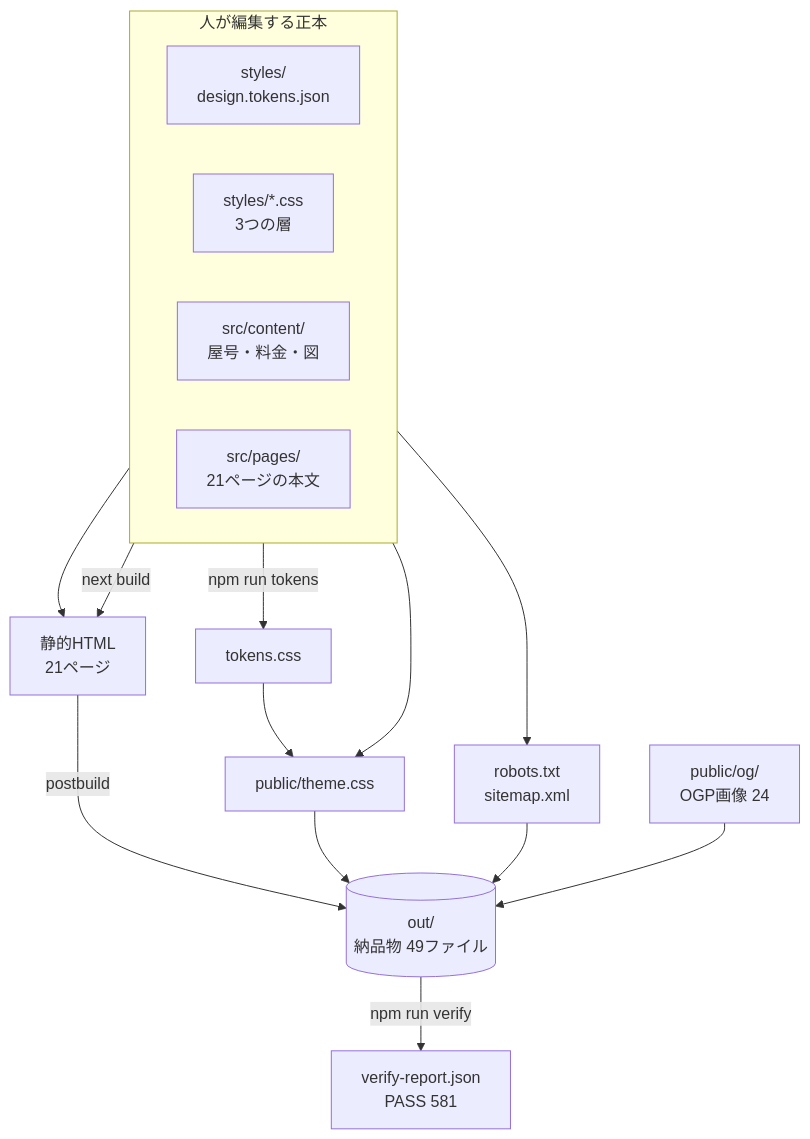
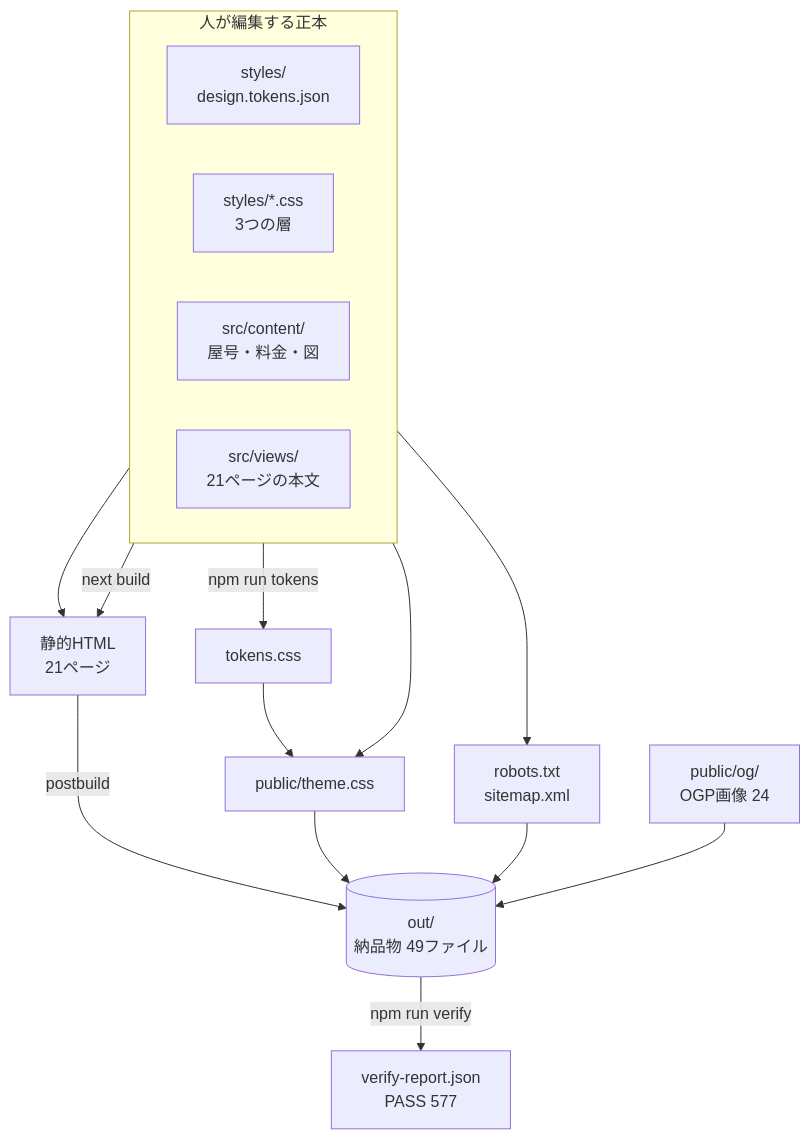
Before and after one commit to bright-broom/tsumugi: the second of 8 diagrams in README.md, drawn with Mermaid. The commit also changed other lines of this file and 114 other files, not shown here.

````diff
--- a/README.md
+++ b/README.md
@@ -63,22 +63,22 @@
 ```mermaid
 flowchart TD
   subgraph edit["人が編集する正本"]
     direction LR
     tokens["styles/<br/>design.tokens.json"]
     css["styles/*.css<br/>3つの層"]
     content["src/content/<br/>屋号・料金・図"]
-    pages["src/pages/<br/>21ページの本文"]
+    pages["src/views/<br/>21ページの本文"]
   end
 
   tokens -->|npm run tokens| tokcss["tokens.css"]
   tokcss --> theme["public/theme.css"]
   css --> theme
   content --> meta["robots.txt<br/>sitemap.xml"]
   content --> html["静的HTML<br/>21ページ"]
   pages -->|next build| html
   html -->|postbuild| out[("out/<br/>納品物 49ファイル")]
   theme --> out
   meta --> out
   og["public/og/<br/>OGP画像 24"] --> out
-  out -->|npm run verify| report["verify-report.json<br/>PASS 581"]
+  out -->|npm run verify| report["verify-report.json<br/>PASS 577"]
 ```
````
